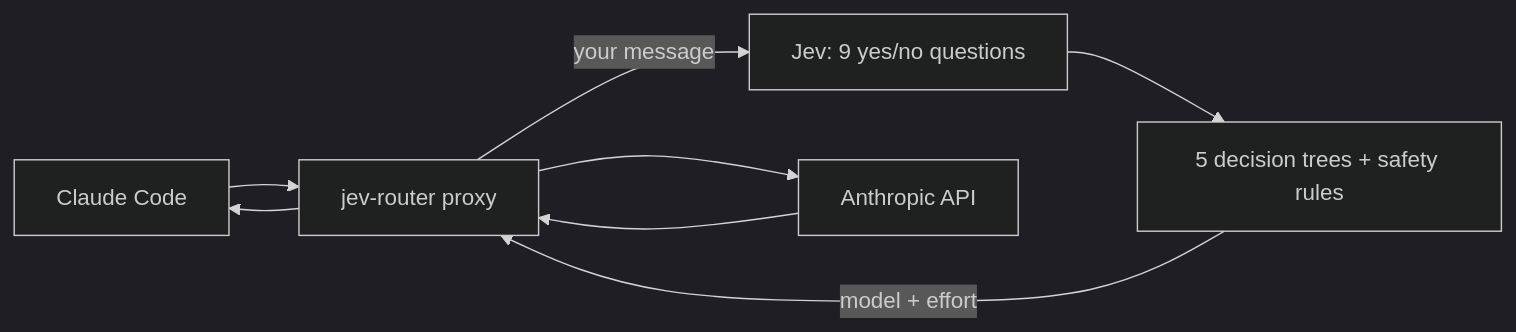
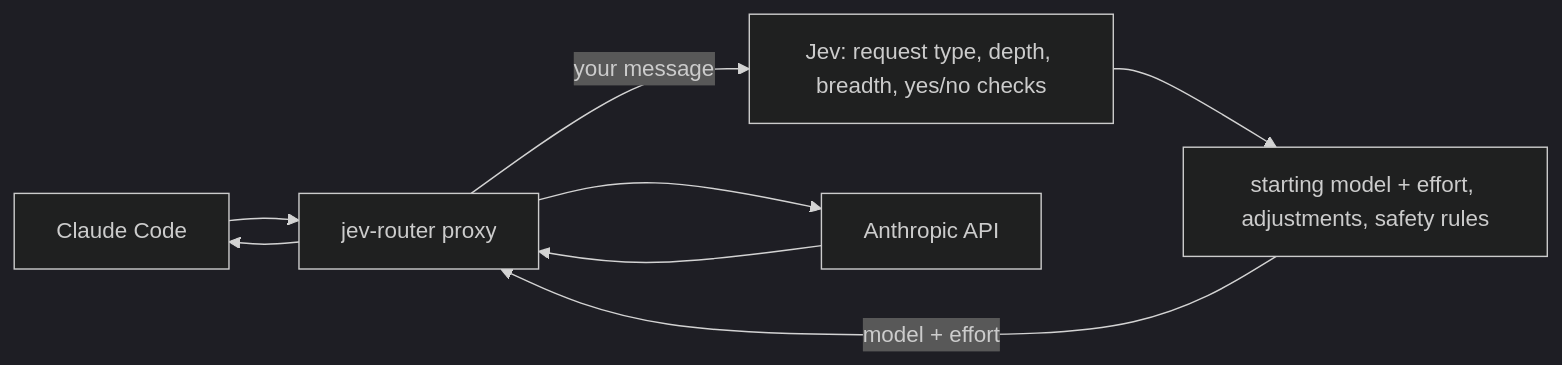
The diagram in README.md (xafold/jev-router), drawn with Mermaid (dark theme) before and after one commit. The commit also changed other lines of this file and 11 other files, not shown here.

First line of the commit message:
Decision v2: request type, depth and breadth drive model + effort

````diff
--- a/README.md
+++ b/README.md
@@ -11,9 +11,9 @@
 ```mermaid
 flowchart LR
   CC[Claude Code] --> P[jev-router proxy]
-  P -->|your message| J[Jev: 9 yes/no questions]
-  J --> R[5 decision trees + safety rules]
+  P -->|your message| J[Jev: request type, depth, breadth, yes/no checks]
+  J --> R[starting model + effort, adjustments, safety rules]
   R -->|model + effort| P
   P --> A[Anthropic API]
   A --> P --> CC
 ```
````
